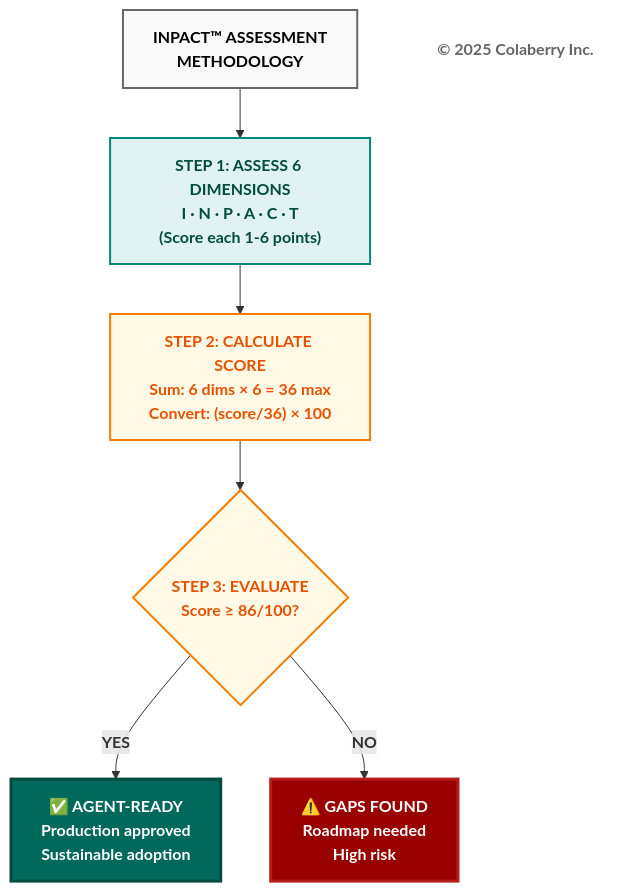
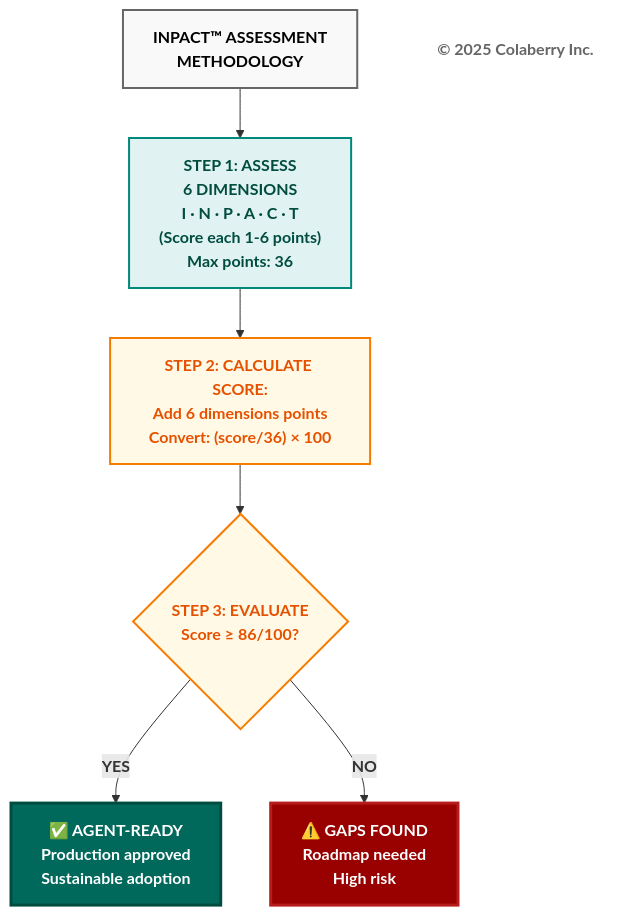
The fifth of 12 diagrams in manuscript/03_chapter_2_inpact_framework_v3_7.md (colaberry/trust-before-intelligence-book), drawn with Mermaid before and after one commit.

Commit message:
Fixing scoring diagram readability
Fixing scoring diagram readability

````diff
--- a/manuscript/03_chapter_2_inpact_framework_v3_7.md
+++ b/manuscript/03_chapter_2_inpact_framework_v3_7.md
@@ -296,28 +296,28 @@
 ```mermaid
 graph TB
     TITLE["<b>INPACT™ ASSESSMENT<br/> METHODOLOGY</b>"]
     
-    ASSESS["<b>STEP 1: ASSESS 6 DIMENSIONS</b><br/><b>I · N · P · A · C · T</b><br/><b>(Score each 1-6 points)</b>"]
+    ASSESS["<b>STEP 1: ASSESS<br/> 6 DIMENSIONS</b><br/><b>I · N · P · A · C · T</b><br/><b>(Score each 1-6 points)</br>Max points: 36</b>"]
     
-    CALC["<b>STEP 2: CALCULATE SCORE</b><br/><b>Sum: 6 dims × 6 = 36 max</b><br/><b>Convert: (score/36) × 100</b>"]
+    CALC["<b>STEP 2: CALCULATE SCORE:</b><br/><b>Add 6 dimensions points</b><br/><b>Convert: (score/36) × 100</b>"]
     
     DECISION{"<b>STEP 3: EVALUATE</b><br/><b>Score ≥ 86/100?</b>"}
     
     READY["<b>✅ AGENT-READY</b><br/><b>Production approved</b><br/><b>Sustainable adoption</b>"]
     
     GAPS["<b>⚠️ GAPS FOUND</b><br/><b>Roadmap needed</b><br/><b>High risk</b>"]
     
     COPYRIGHT["<b>© 2025 Colaberry Inc.</b>"]
     
     TITLE --> ASSESS --> CALC --> DECISION
     DECISION -->|<b>YES</b>| READY
     DECISION -->|<b>NO</b>| GAPS
     
     style TITLE fill:#f9f9f9,stroke:#666666,stroke-width:2px,color:#000000
     style ASSESS fill:#e0f2f1,stroke:#00897b,stroke-width:2px,color:#004d40
     style CALC fill:#fff9e6,stroke:#f57c00,stroke-width:2px,color:#e65100
     style DECISION fill:#fff9e6,stroke:#f57c00,stroke-width:2px,color:#e65100
     style READY fill:#00695c,color:#ffffff,stroke:#004d40,stroke-width:3px
     style GAPS fill:#990000,color:#ffffff,stroke:#b71c1c,stroke-width:3px
     style COPYRIGHT fill:#ffffff,stroke:none,color:#666666
 ```
````
